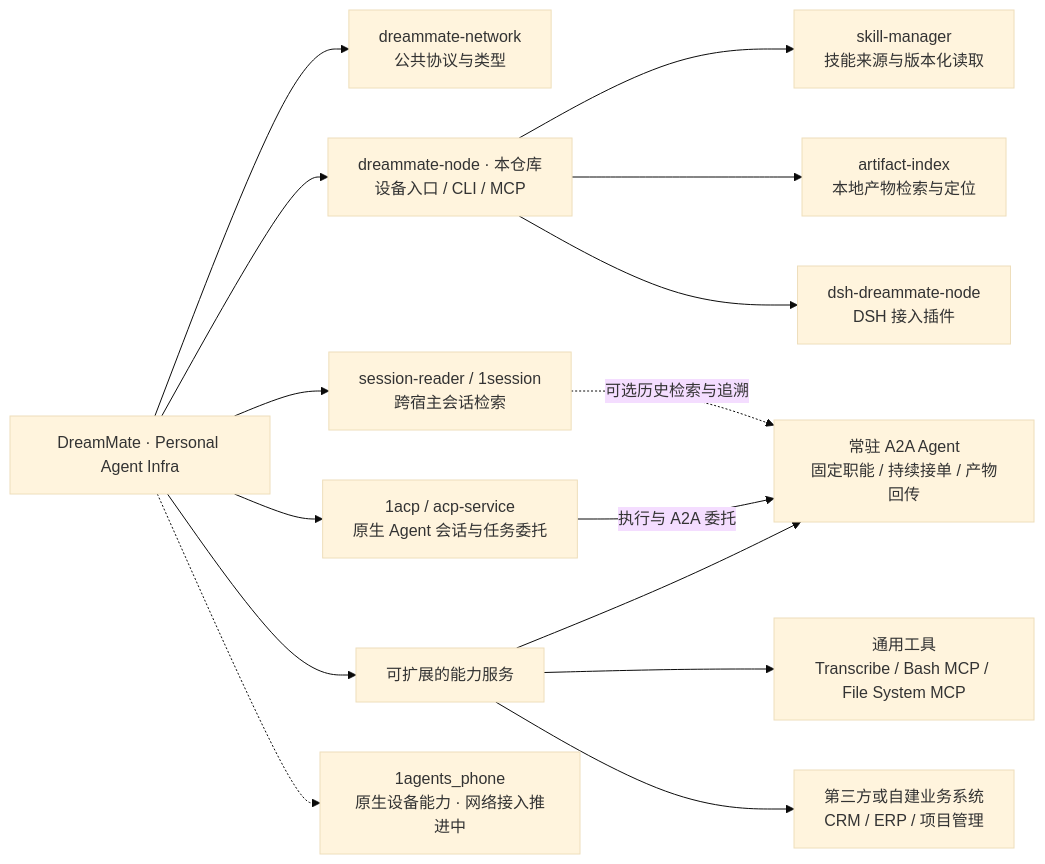
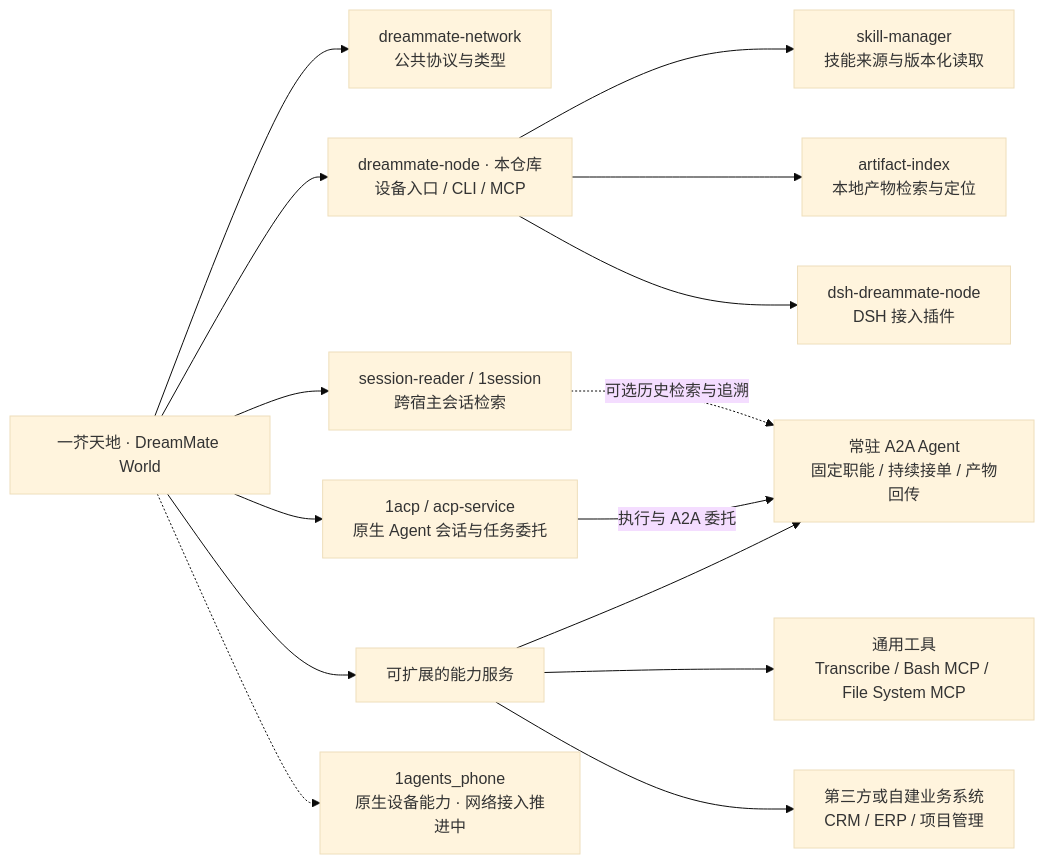
One commit to scottzx/dreammate-node changed the diagram in README.md. Above: the diagram before and after it, drawn with Mermaid (base theme). The commit also changed other lines of this file and 3 other files, not shown here.

````diff
--- a/README.md
+++ b/README.md
@@ -49,18 +53,18 @@
 ```mermaid
 flowchart LR
-    family["DreamMate · Personal Agent Infra"]
+    family["一芥天地 · DreamMate World"]
     family --> protocol["dreammate-network<br/>公共协议与类型"]
     family --> node["dreammate-node · 本仓库<br/>设备入口 / CLI / MCP"]
     family --> reader["session-reader / 1session<br/>跨宿主会话检索"]
     family --> acp["1acp / acp-service<br/>原生 Agent 会话与任务委托"]
     family --> services["可扩展的能力服务"]
     services --> tools["通用工具<br/>Transcribe / Bash MCP / File System MCP"]
     services --> business["第三方或自建业务系统<br/>CRM / ERP / 项目管理"]
     services --> resident["常驻 A2A Agent<br/>固定职能 / 持续接单 / 产物回传"]
     acp -->|"执行与 A2A 委托"| resident
     reader -.->|"可选历史检索与追溯"| resident
     family -.-> phone["1agents_phone<br/>原生设备能力 · 网络接入推进中"]
     node --> skills["skill-manager<br/>技能来源与版本化读取"]
     node --> artifacts["artifact-index<br/>本地产物检索与定位"]
     node --> plugin["dsh-dreammate-node<br/>DSH 接入插件"]
 ```
````
